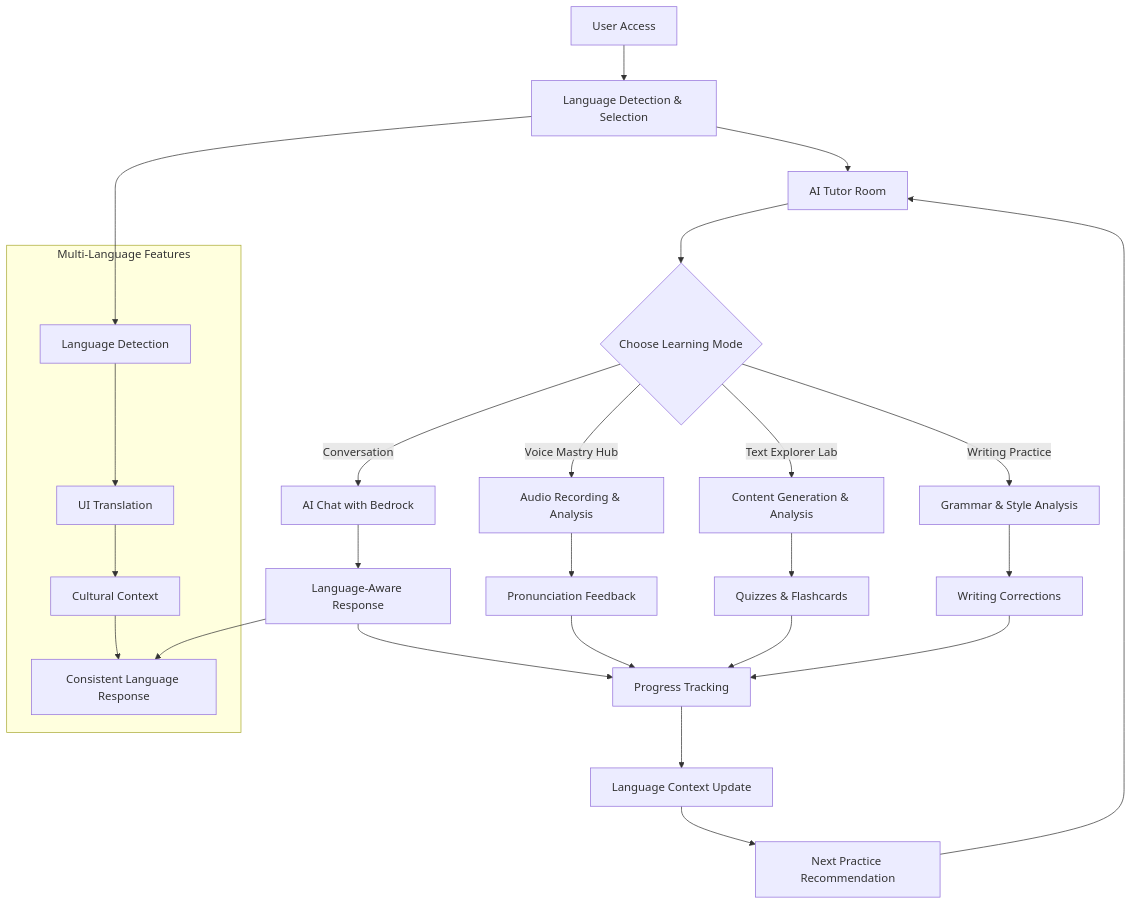
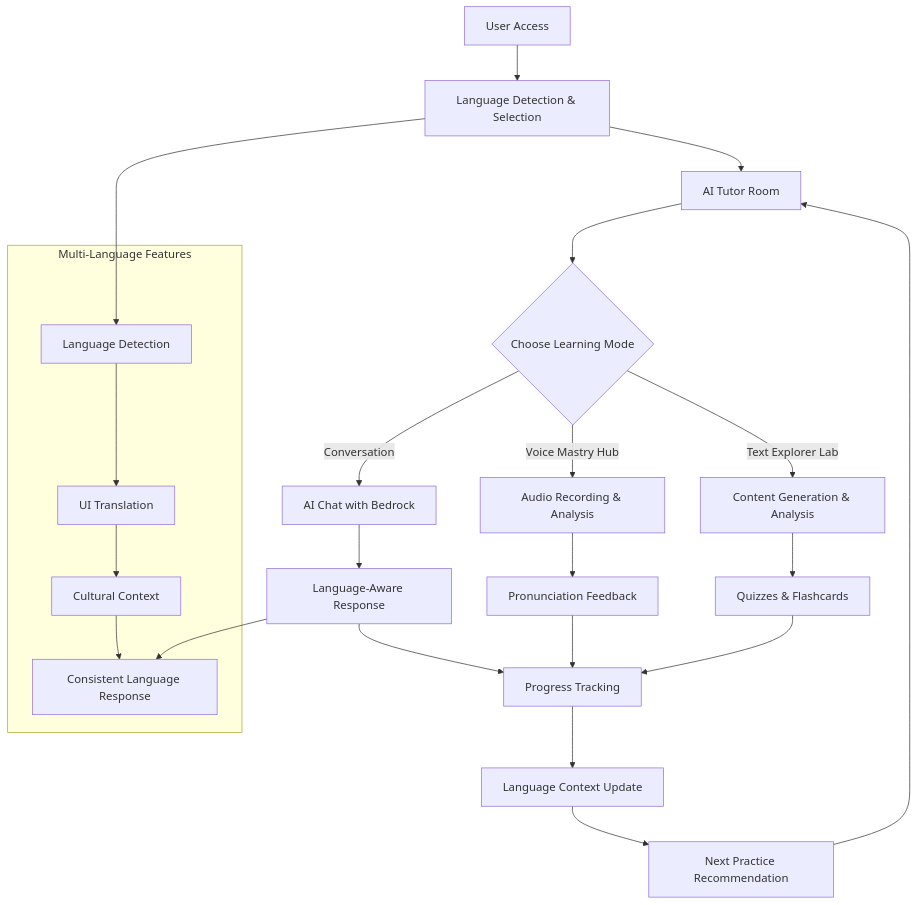
The first of 2 diagrams in README.md (ryanlau1220/AI-Powered-Language-Learning-Companion), drawn with Mermaid before and after one commit. The commit also changed other lines of this file, not shown here.

````diff
--- a/README.md
+++ b/README.md
@@ -164,34 +162,31 @@
 ```mermaid
 flowchart TD
     A[User Access] --> B[Language Detection & Selection]
     B --> C[AI Tutor Room]
     C --> D{Choose Learning Mode}
     
     D -->|Conversation| E[AI Chat with Bedrock]
     D -->|Voice Mastry Hub| F[Audio Recording & Analysis]
     D -->|Text Explorer Lab| G[Content Generation & Analysis]
-    D -->|Writing Practice| H[Grammar & Style Analysis]
     
     E --> I[Language-Aware Response]
     F --> J[Pronunciation Feedback]
     G --> K[Quizzes & Flashcards]
-    H --> L[Writing Corrections]
     
     I --> M[Progress Tracking]
     J --> M
     K --> M
-    L --> M
     
     M --> N[Language Context Update]
     N --> O[Next Practice Recommendation]
     O --> C
     
     subgraph "Multi-Language Features"
         P[Language Detection] --> Q[UI Translation]
         Q --> R[Cultural Context]
         R --> S[Consistent Language Response]
     end
     
     B --> P
     I --> S
 ```
````
